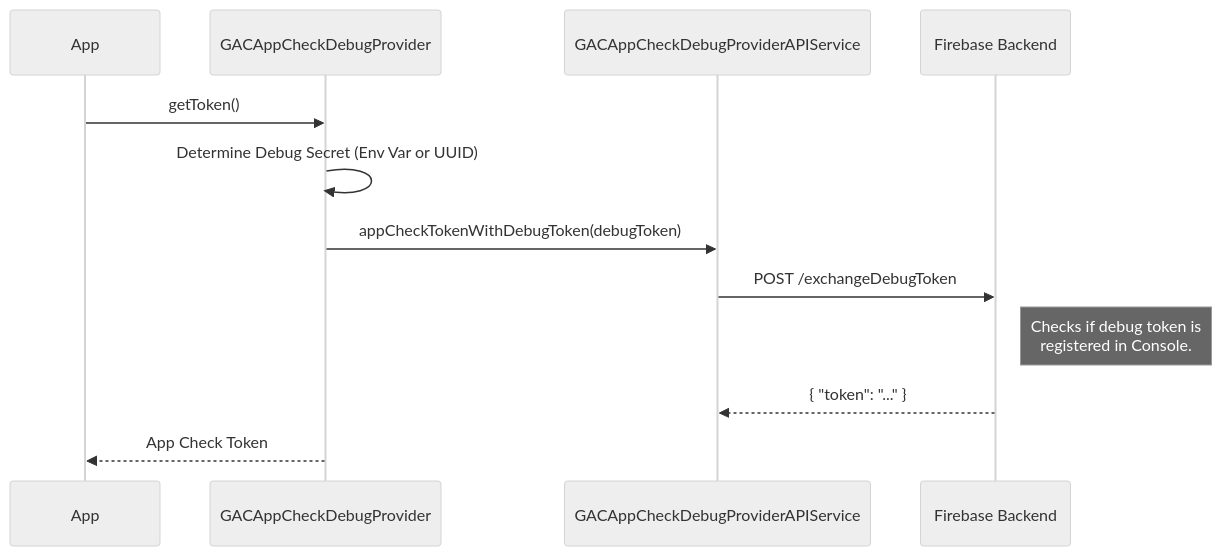
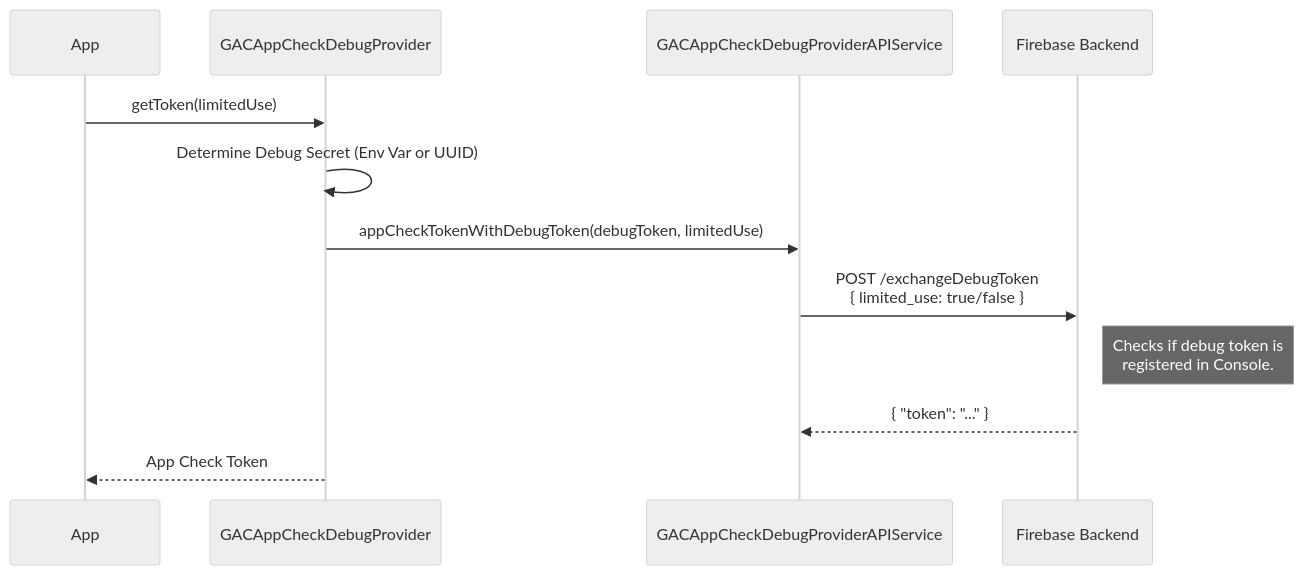
One commit to google/app-check changed the fifth of 5 diagrams in docs/providers.md. Above: the diagram before and after it, drawn with Mermaid (neutral theme). The commit also changed other lines of this file, not shown here.

````diff
--- a/docs/providers.md
+++ b/docs/providers.md
@@ -189,17 +203,17 @@
 ```mermaid
 sequenceDiagram
     participant App
     participant Provider as GACAppCheckDebugProvider
     participant API as GACAppCheckDebugProviderAPIService
     participant Backend as Firebase Backend
 
-    App->>Provider: getToken()
+    App->>Provider: getToken(limitedUse)
     Provider->>Provider: Determine Debug Secret (Env Var or UUID)
     
-    Provider->>API: appCheckTokenWithDebugToken(debugToken)
-    API->>Backend: POST /exchangeDebugToken
+    Provider->>API: appCheckTokenWithDebugToken(debugToken, limitedUse)
+    API->>Backend: POST /exchangeDebugToken<br/>{ limited_use: true/false }
     Note right of Backend: Checks if debug token is <br/>registered in Console.
     Backend-->>API: { "token": "..." }
     
     Provider-->>App: App Check Token
 ```
````
